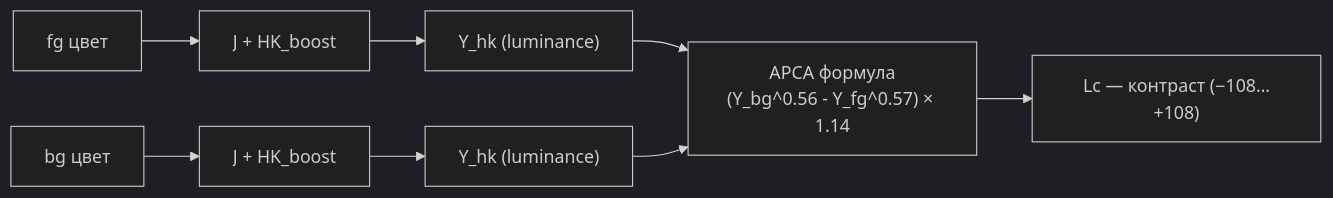
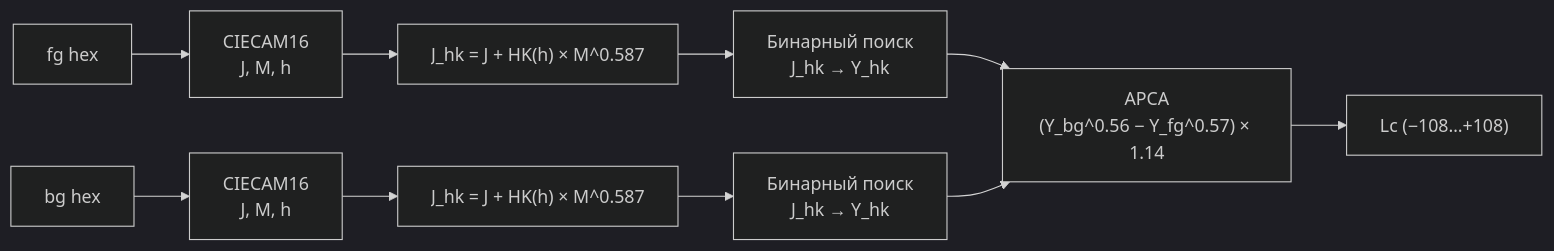
Before and after one commit to Labpics-Team/lab-colors: the third of 4 diagrams in README.md, drawn with Mermaid (dark theme). The commit also changed other lines of this file, not shown here.

Commit message:
docs: LPC = Lab Pics Perceptual Contrast, detailed pipeline with HK explanation

````diff
--- a/README.md
+++ b/README.md
@@ -114,10 +114,12 @@
 ```mermaid
 graph LR
-    FG["fg цвет"] --> HK1["J + HK_boost"]
-    BG["bg цвет"] --> HK2["J + HK_boost"]
-    HK1 --> Y1["Y_hk (luminance)"]
-    HK2 --> Y2["Y_hk (luminance)"]
-    Y1 --> APCA["APCA формула\n(Y_bg^0.56 - Y_fg^0.57) × 1.14"]
-    Y2 --> APCA
-    APCA --> Lc["Lc — контраст (−108…+108)"]
+    FG["fg hex"] --> C16_1["CIECAM16\nJ, M, h"]
+    BG["bg hex"] --> C16_2["CIECAM16\nJ, M, h"]
+    C16_1 --> HK1["J_hk = J + HK(h) × M^0.587"]
+    C16_2 --> HK2["J_hk = J + HK(h) × M^0.587"]
+    HK1 --> BIN1["Бинарный поиск\nJ_hk → Y_hk"]
+    HK2 --> BIN2["Бинарный поиск\nJ_hk → Y_hk"]
+    BIN1 --> APCA["APCA\n(Y_bg^0.56 − Y_fg^0.57) × 1.14"]
+    BIN2 --> APCA
+    APCA --> Lc["Lc (−108…+108)"]
 ```
````
